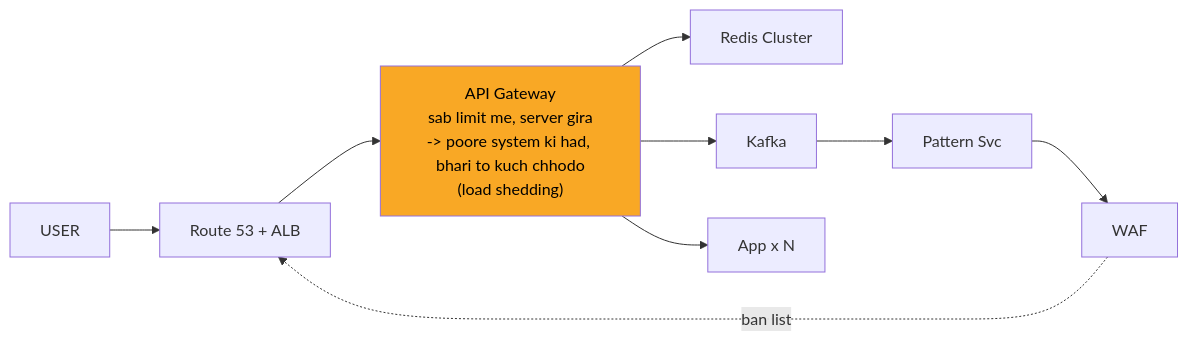
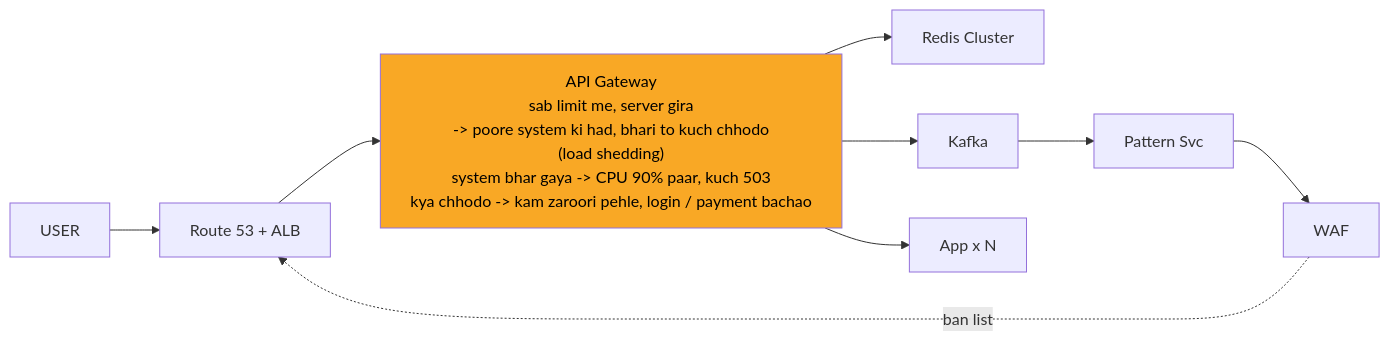
The eighth of 11 diagrams in 04_HLD/SYSTEM_DESIGNS/02_rate_limiter/02_rate_limiter.md (ArpanMaheshwari144/Prep), drawn with Mermaid before and after one commit. The commit also changed other lines of this file and 12 other files, not shown here.

Commit message:
hld 02-14: peele dabbe me SAFAR ke mod + diagram chauda (wrappingWidth 450)

````diff
--- a/04_HLD/SYSTEM_DESIGNS/02_rate_limiter/02_rate_limiter.md
+++ b/04_HLD/SYSTEM_DESIGNS/02_rate_limiter/02_rate_limiter.md
@@ -329,20 +336,21 @@
 ```mermaid
+%%{init: {"flowchart": {"wrappingWidth": 450}}}%%
 flowchart LR
     n_USER["USER"]
     n_EDGE["Route 53 + ALB"]
-    n_API_Gateway["API Gateway<br/>sab limit me, server gira<br/>-> poore system ki had, bhari to kuch chhodo<br/>(load shedding)"]
+    n_API_Gateway["API Gateway<br/>sab limit me, server gira<br/>-> poore system ki had, bhari to kuch chhodo<br/>(load shedding)<br/>system bhar gaya -> CPU 90% paar, kuch 503<br/>kya chhodo -> kam zaroori pehle, login / payment bachao"]
     n_Redis_Cluster["Redis Cluster"]
     n_Kafka["Kafka"]
     n_Pattern_Svc["Pattern Svc"]
     n_WAF["WAF"]
     n_App_xN["App x N"]
     n_EDGE --> n_API_Gateway
     n_API_Gateway --> n_Redis_Cluster
     n_API_Gateway --> n_App_xN
     n_Kafka --> n_Pattern_Svc
     n_Pattern_Svc --> n_WAF
     n_API_Gateway --> n_Kafka
     n_USER --> n_EDGE
     n_WAF -.->|ban list| n_EDGE
     style n_API_Gateway fill:#f9a825,color:#000
 ```
````
